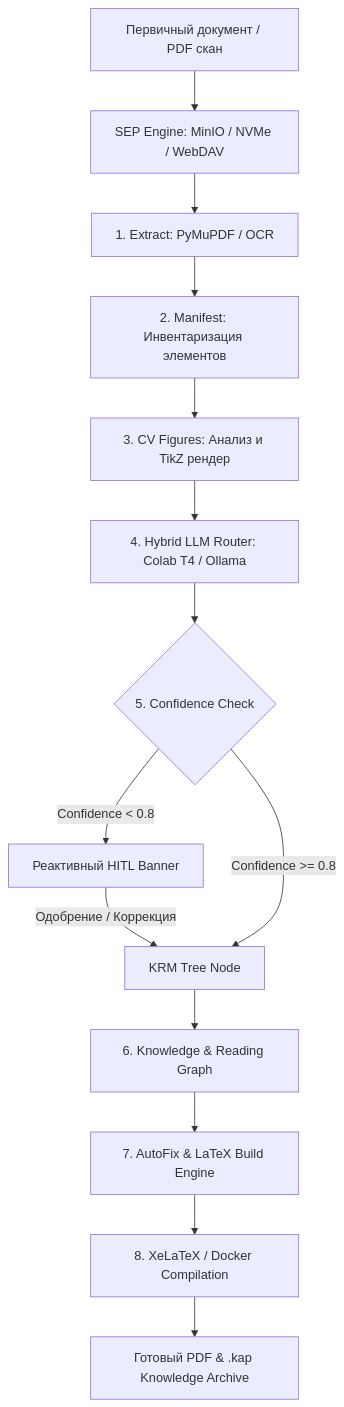
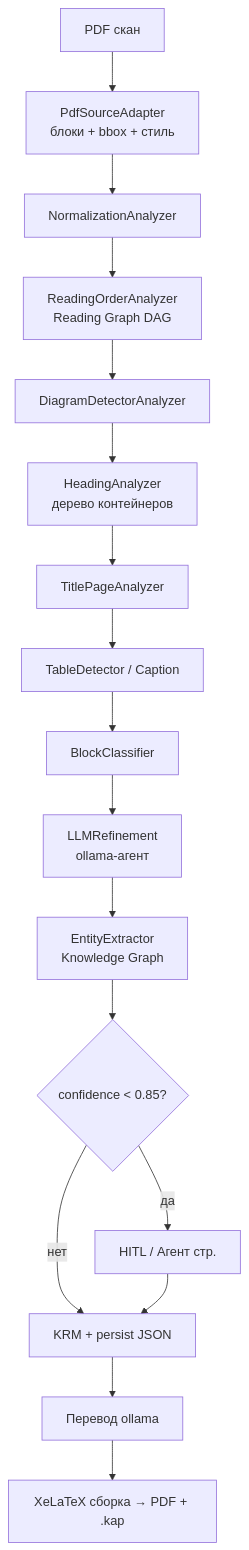
One commit to 4stm4/BookAssembler changed the diagram in README.md. Above: the diagram before and after it, drawn with Mermaid. The commit also changed other lines of this file and 2 other files, not shown here.

````diff
--- a/README.md
+++ b/README.md
@@ -32,16 +45,19 @@
 ```mermaid
 flowchart TD
-    A[Первичный документ / PDF скан] --> B[SEP Engine: MinIO / NVMe / WebDAV]
-    B --> C[1. Extract: PyMuPDF / OCR]
-    C --> D[2. Manifest: Инвентаризация элементов]
-    D --> E[3. CV Figures: Анализ и TikZ рендер]
-    E --> F[4. Hybrid LLM Router: Colab T4 / Ollama]
-    F --> G{5. Confidence Check}
-    G -- "Confidence < 0.8" --> H[Реактивный HITL Banner]
-    H -- "Одобрение / Коррекция" --> I[KRM Tree Node]
-    G -- "Confidence >= 0.8" --> I
-    I --> J[6. Knowledge & Reading Graph]
-    J --> K[7. AutoFix & LaTeX Build Engine]
-    K --> L[8. XeLaTeX / Docker Compilation]
-    L --> M[Готовый PDF & .kap Knowledge Archive]
+    A[PDF скан] --> B[PdfSourceAdapter<br/>блоки + bbox + стиль]
+    B --> C[NormalizationAnalyzer]
+    C --> D[ReadingOrderAnalyzer<br/>Reading Graph DAG]
+    D --> E[DiagramDetectorAnalyzer]
+    E --> F[HeadingAnalyzer<br/>дерево контейнеров]
+    F --> G[TitlePageAnalyzer]
+    G --> H[TableDetector / Caption]
+    H --> I[BlockClassifier]
+    I --> J[LLMRefinement<br/>ollama-агент]
+    J --> K[EntityExtractor<br/>Knowledge Graph]
+    K --> L{confidence < 0.85?}
+    L -- да --> M[HITL / Агент стр.]
+    L -- нет --> N[KRM + persist JSON]
+    M --> N
+    N --> O[Перевод ollama]
+    O --> P[XeLaTeX сборка → PDF + .kap]
 ```
````
